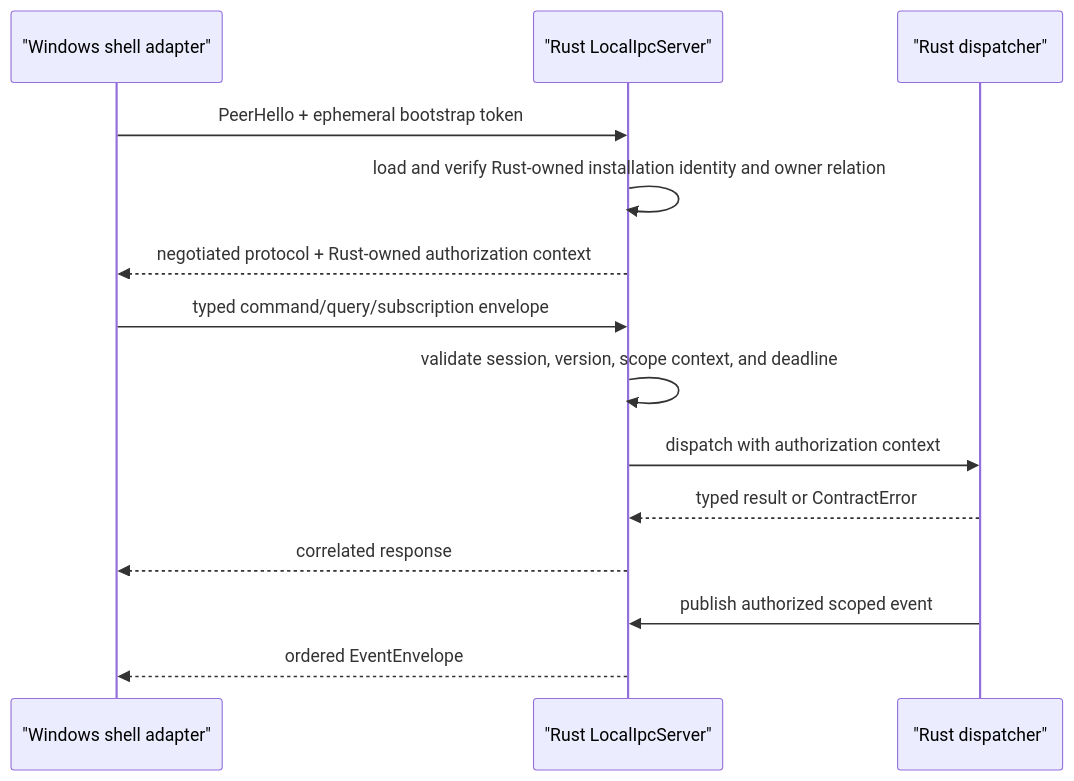
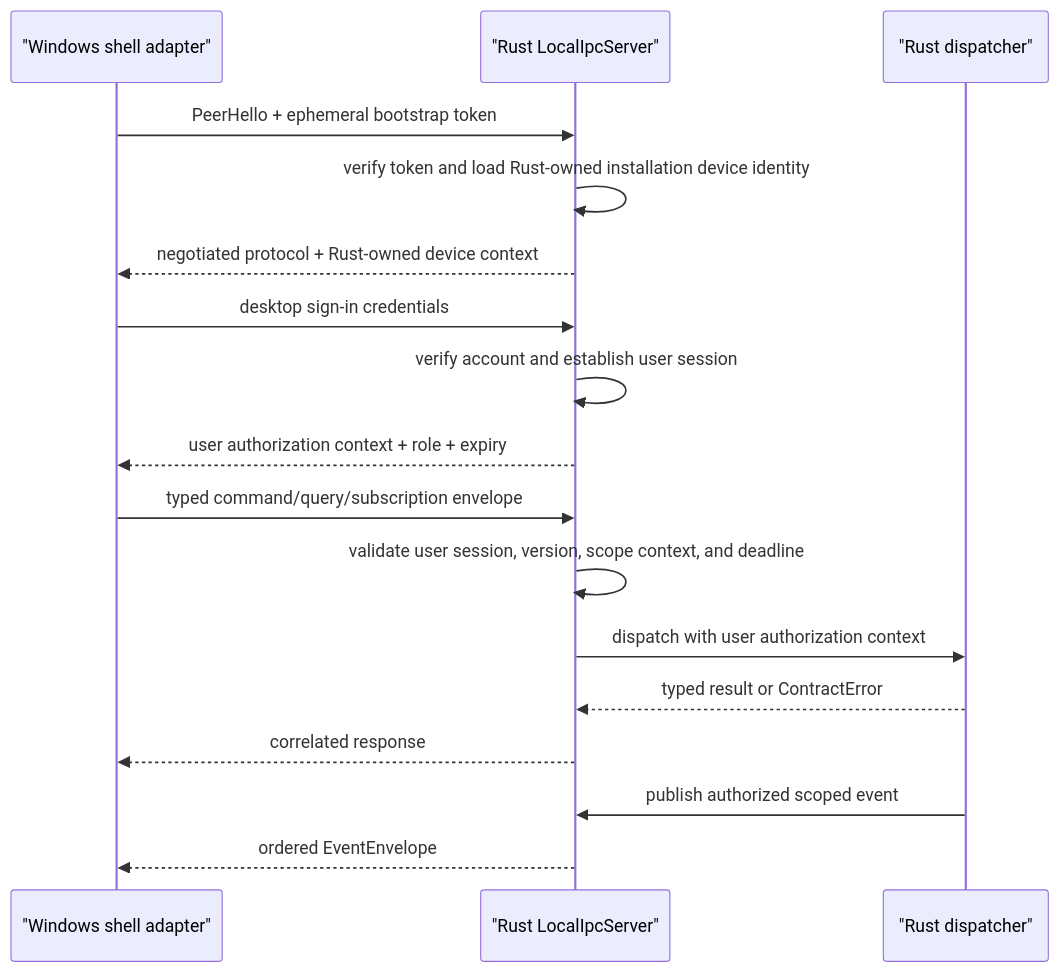
Before and after one commit to HusseinBaraja/Eitmad: the diagram in docs/developer/subsystems/local-ipc.md, drawn with Mermaid. The commit also changed other lines of this file and 4 other files, not shown here.

````diff
--- a/docs/developer/subsystems/local-ipc.md
+++ b/docs/developer/subsystems/local-ipc.md
@@ -37,16 +37,19 @@
 ```mermaid
 sequenceDiagram
     participant Shell as "Windows shell adapter"
     participant IPC as "Rust LocalIpcServer"
     participant Domain as "Rust dispatcher"
     Shell->>IPC: PeerHello + ephemeral bootstrap token
-    IPC->>IPC: load and verify Rust-owned installation identity and owner relation
-    IPC-->>Shell: negotiated protocol + Rust-owned authorization context
+    IPC->>IPC: verify token and load Rust-owned installation device identity
+    IPC-->>Shell: negotiated protocol + Rust-owned device context
+    Shell->>IPC: desktop sign-in credentials
+    IPC->>IPC: verify account and establish user session
+    IPC-->>Shell: user authorization context + role + expiry
     Shell->>IPC: typed command/query/subscription envelope
-    IPC->>IPC: validate session, version, scope context, and deadline
-    IPC->>Domain: dispatch with authorization context
+    IPC->>IPC: validate user session, version, scope context, and deadline
+    IPC->>Domain: dispatch with user authorization context
     Domain-->>IPC: typed result or ContractError
     IPC-->>Shell: correlated response
     Domain->>IPC: publish authorized scoped event
     IPC-->>Shell: ordered EventEnvelope
 ```
````
